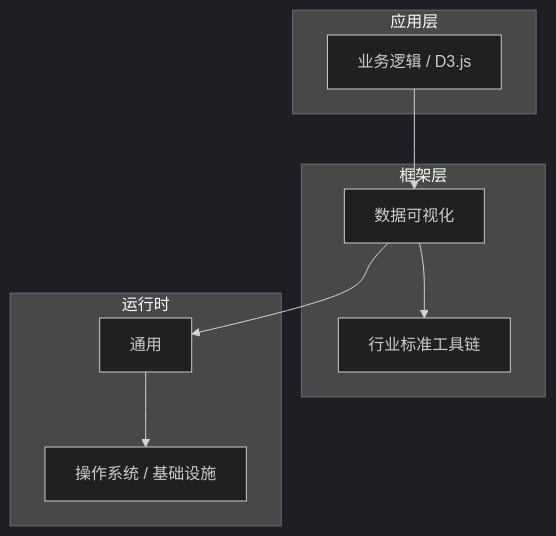
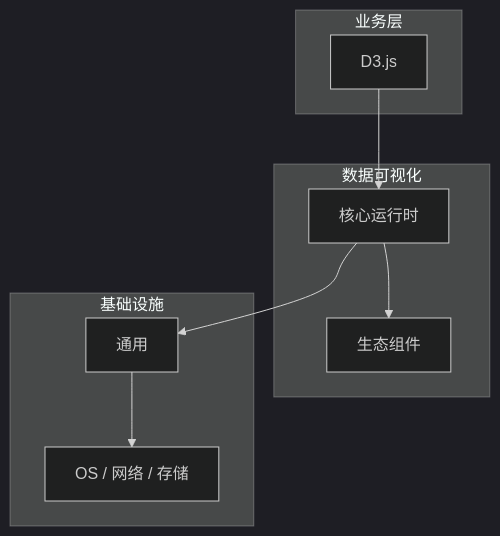
The diagram in articles/数据可视化/chapters/017-D3.js核心概念与原理.md (yanggan2015/knowledge-json-v2), drawn with Mermaid (dark theme) before and after one commit. The commit also changed other lines of this file and 10127 other files, not shown here.

````diff
--- a/articles/数据可视化/chapters/017-D3.js核心概念与原理.md
+++ b/articles/数据可视化/chapters/017-D3.js核心概念与原理.md
@@ -45,18 +34,18 @@
 ```mermaid
 graph TB
-    subgraph 应用层
-        A[业务逻辑 / D3.js]
+    subgraph 业务层
+        A[D3.js]
     end
-    subgraph 框架层
-        B[数据可视化]
-        C[行业标准工具链]
+    subgraph 数据可视化
+        B[核心运行时]
+        C[生态组件]
     end
-    subgraph 运行时
+    subgraph 基础设施
         D[通用]
-        E[操作系统 / 基础设施]
+        E[OS / 网络 / 存储]
     end
     A --> B
     B --> C
     B --> D
     D --> E
 ```
````
